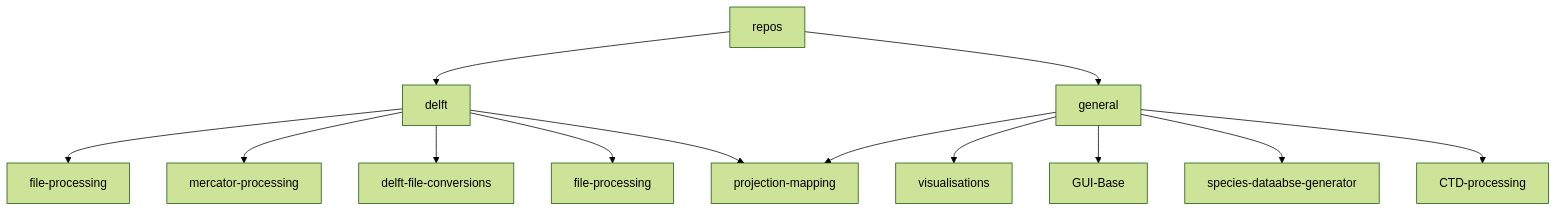
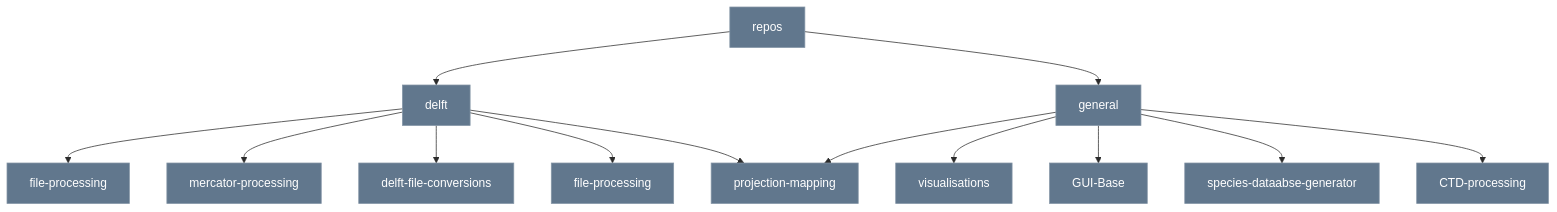
One commit to Anchor-Environmental/.github changed the diagram in profile/README.md. Above: the diagram before and after it, drawn with Mermaid.

````diff
--- a/profile/README.md
+++ b/profile/README.md
@@ -35,16 +35,23 @@
 ```mermaid
-%%{init: {'theme':'forest'}}%%
+%%{init: {'theme':'base', 'themeVariables': {
+      'primaryColor': '#61778d',
+      'primaryTextColor': '#fff',
+      'primaryBorderColor': '#8495a6',
+      'lineColor': '#2c2c2c',
+      'secondaryColor': '#8495a6',
+      'tertiaryColor': '#8495a6'
+    }}}%%
 graph TD
   A[repos]-->B[delft]
   B[delft]-->C[file-processing]
   B-->J[mercator-processing]
   B-->E[delft-file-conversions]
   B-->H[file-processing]
   B-->D[projection-mapping]
   A-->F[general]
   F-->G[visualisations]
   F-->D[projection-mapping]
   F-->I[GUI-Base]
   F-->K[species-dataabse-generator]
   F-->L[CTD-processing]
 ```
````
